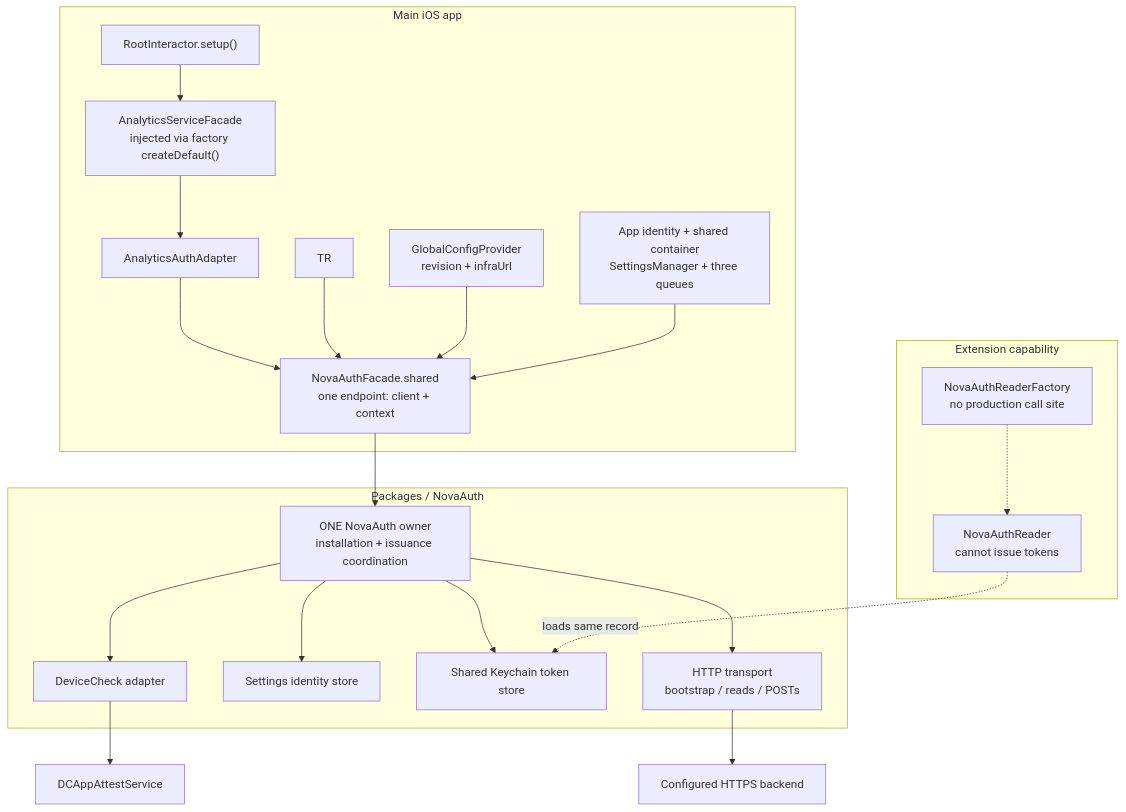
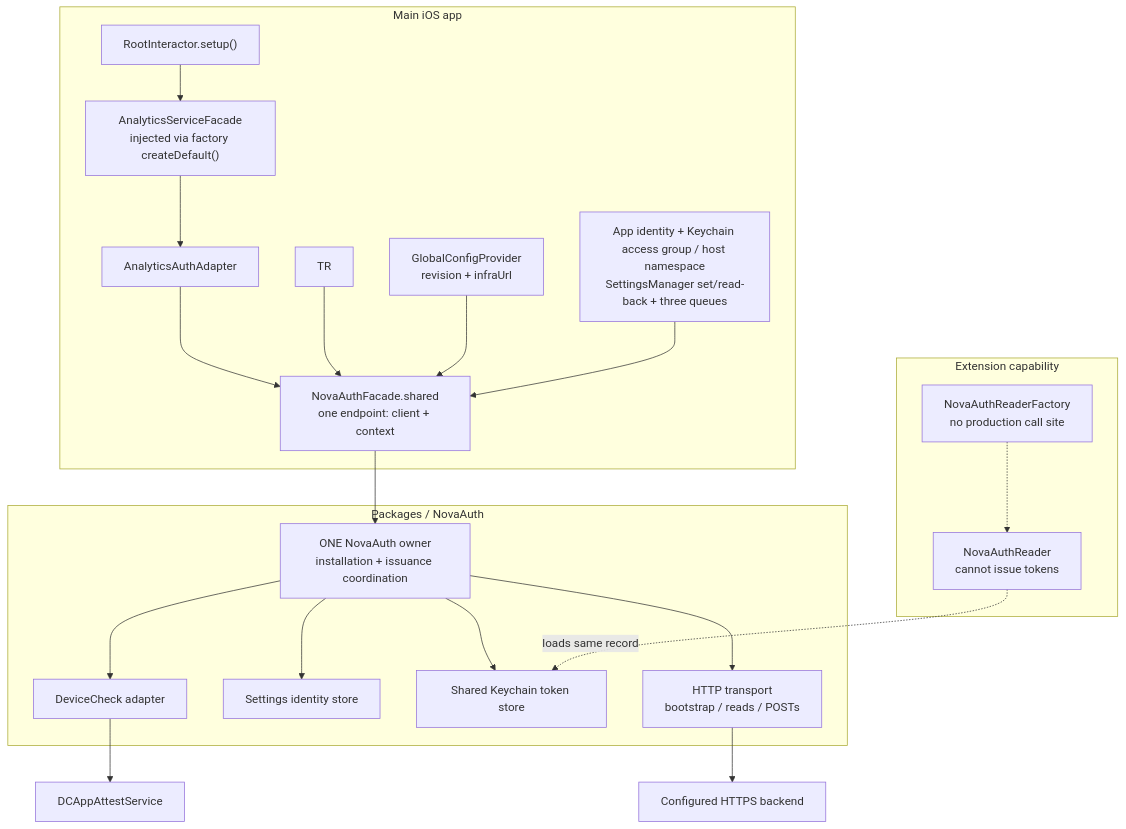
One commit to novasamatech/nova-wallet-ios changed the first of 8 diagrams in .claude/docs/architecture/novaauth-client-diagrams.md. Above: the diagram before and after it, drawn with Mermaid. The commit also changed other lines of this file and 6 other files, not shown here.

````diff
--- a/.claude/docs/architecture/novaauth-client-diagrams.md
+++ b/.claude/docs/architecture/novaauth-client-diagrams.md
@@ -11,24 +11,24 @@
 ```mermaid
 flowchart TB
   subgraph APP["Main iOS app"]
     ROOT["RootInteractor.setup()"] --> AF["AnalyticsServiceFacade<br/>injected via factory createDefault()"]
     AF --> AA["AnalyticsAuthAdapter"]
     AA --> F["NovaAuthFacade.shared<br/>one endpoint: client + context"]
     TR --> F
     CONFIG["GlobalConfigProvider<br/>revision + infraUrl"] --> F
-    HOST["App identity + shared container<br/>SettingsManager + three queues"] --> F
+    HOST["App identity + Keychain access group / host namespace<br/>SettingsManager set/read-back + three queues"] --> F
   end
   subgraph PACKAGE["Packages / NovaAuth"]
     F --> OWNER["ONE NovaAuth owner<br/>installation + issuance coordination"]
     OWNER --> APPLE["DeviceCheck adapter"]
     OWNER --> STATE["Settings identity store"]
     OWNER --> TOKEN["Shared Keychain token store"]
     OWNER --> HTTP["HTTP transport<br/>bootstrap / reads / POSTs"]
   end
   HTTP --> BACKEND["Configured HTTPS backend"]
   APPLE --> OS["DCAppAttestService"]
   subgraph EXT["Extension capability"]
     FACT["NovaAuthReaderFactory<br/>no production call site"] -.-> READER["NovaAuthReader<br/>cannot issue tokens"]
   end
   READER -. "loads same record" .-> TOKEN
 ```
````
